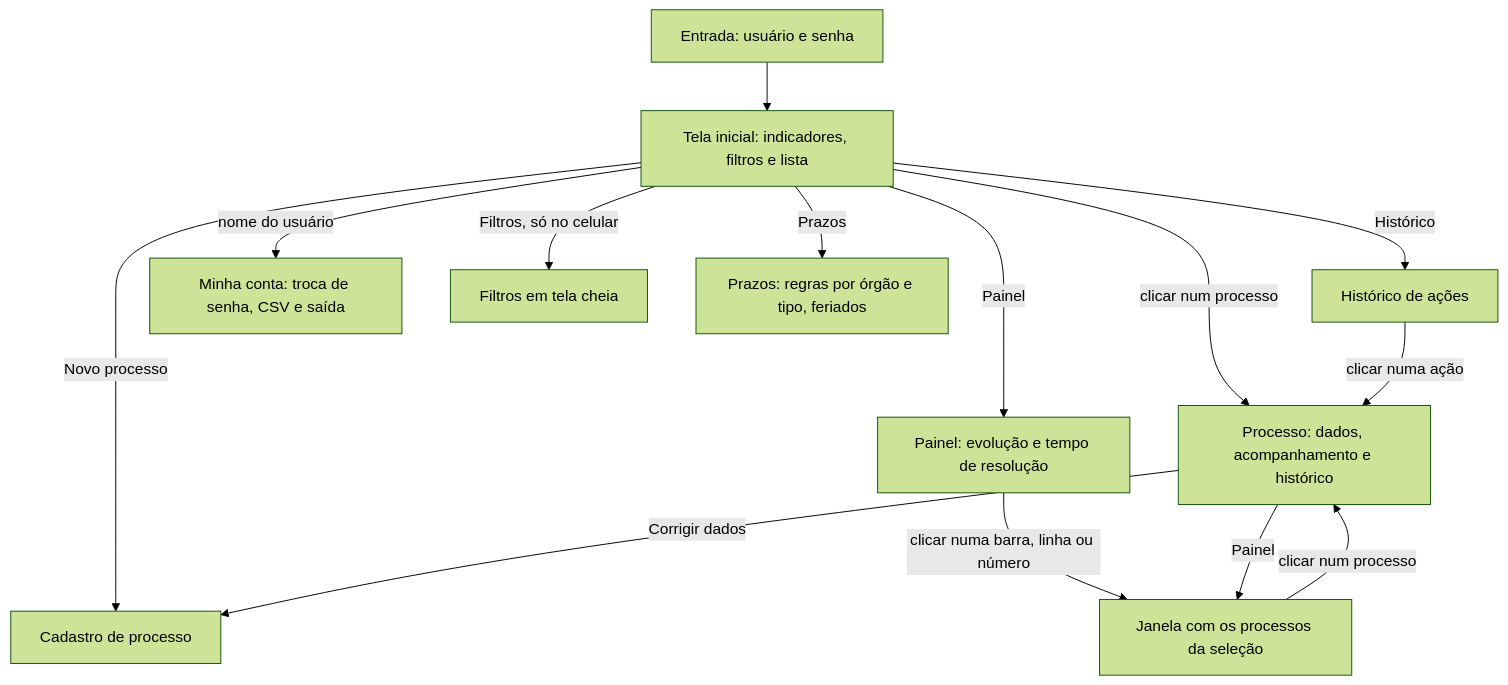
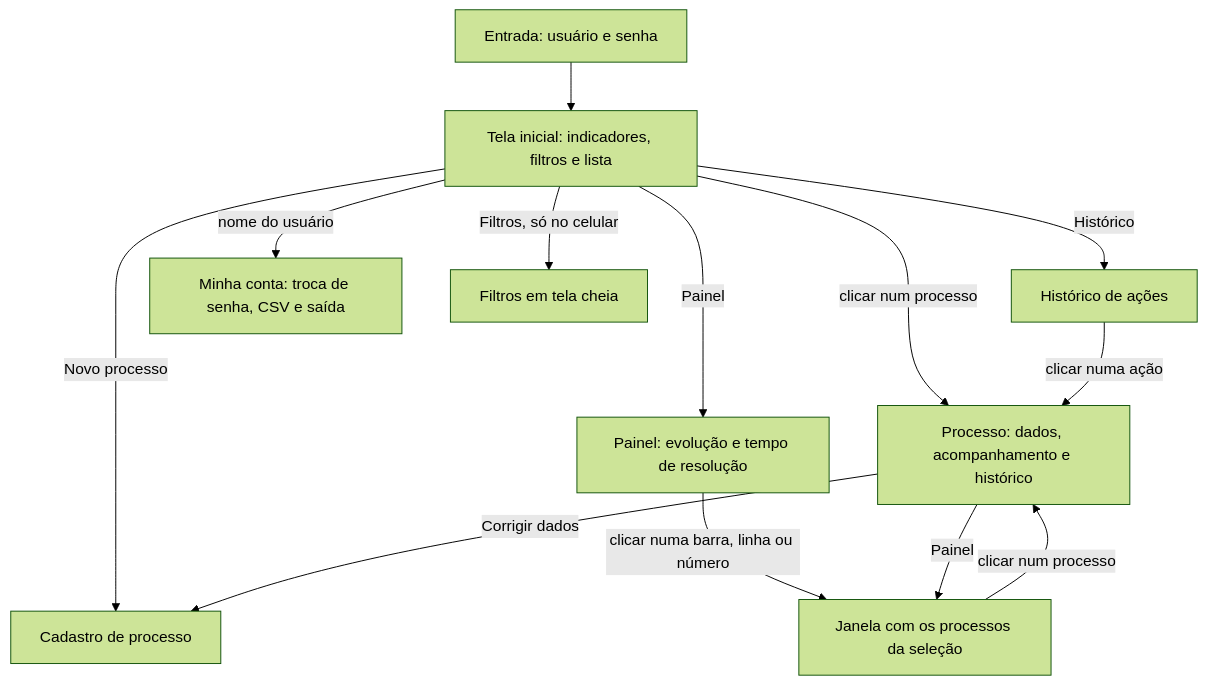
One commit to cnfpresiddata/ControleProcessosGabinete changed the diagram in docs/04-Projeto de Interface.md. Above: the diagram before and after it, drawn with Mermaid (forest theme). The commit also changed other lines of this file and 12 other files, not shown here.

First line of the commit message:
Banco: saem regras de prazo, feriados e cálculo automático; documentação

````diff
--- a/docs/04-Projeto de Interface.md
+++ b/docs/04-Projeto de Interface.md
@@ -18,16 +19,15 @@
 ```mermaid
 flowchart TD
   L[Entrada: usuário e senha] --> P[Tela inicial: indicadores, filtros e lista]
   P -->|clicar num processo| D[Processo: dados, acompanhamento e histórico]
   P -->|Novo processo| N[Cadastro de processo]
   D -->|Corrigir dados| N
   P -->|Histórico| H[Histórico de ações]
   H -->|clicar numa ação| D
   P -->|nome do usuário| C[Minha conta: troca de senha, CSV e saída]
   P -->|Filtros, só no celular| F[Filtros em tela cheia]
-  P -->|Prazos| Z[Prazos: regras por órgão e tipo, feriados]
   P -->|Painel| A[Painel: evolução e tempo de resolução]
   A -->|clicar numa barra, linha ou número| M[Janela com os processos da seleção]
   M -->|clicar num processo| D
   D -->|Painel| M
 ```
````
